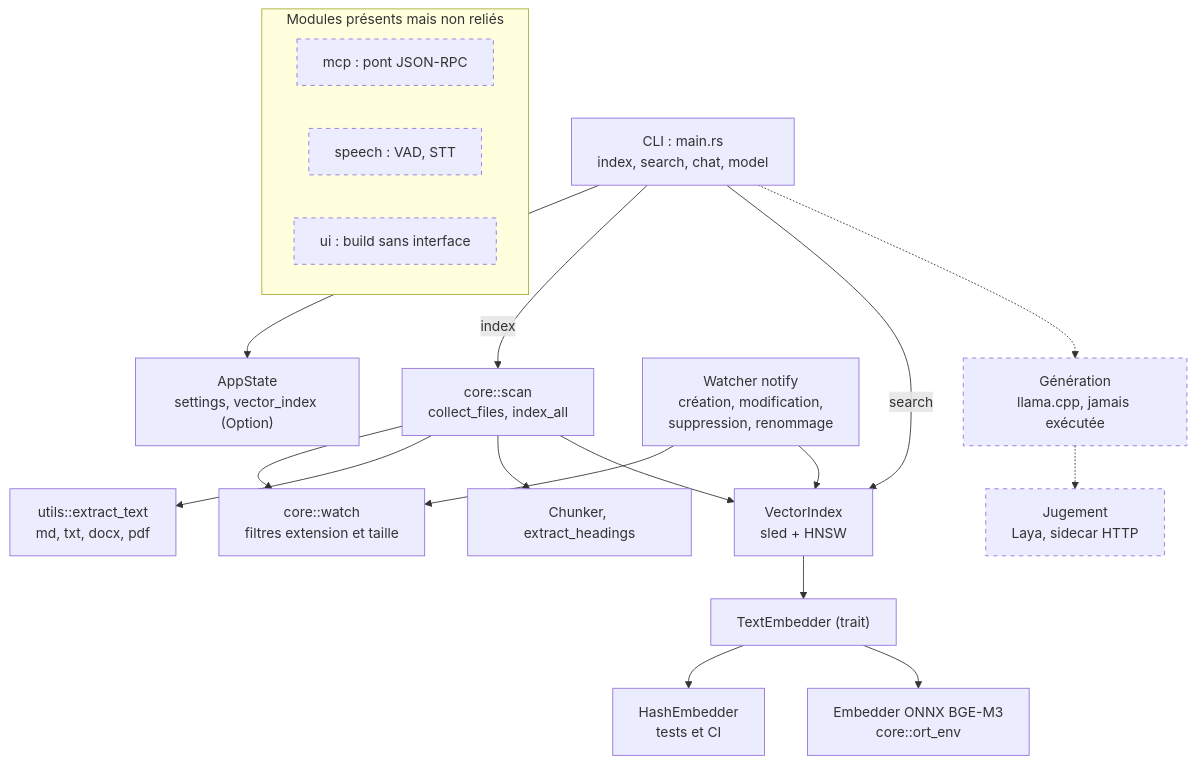
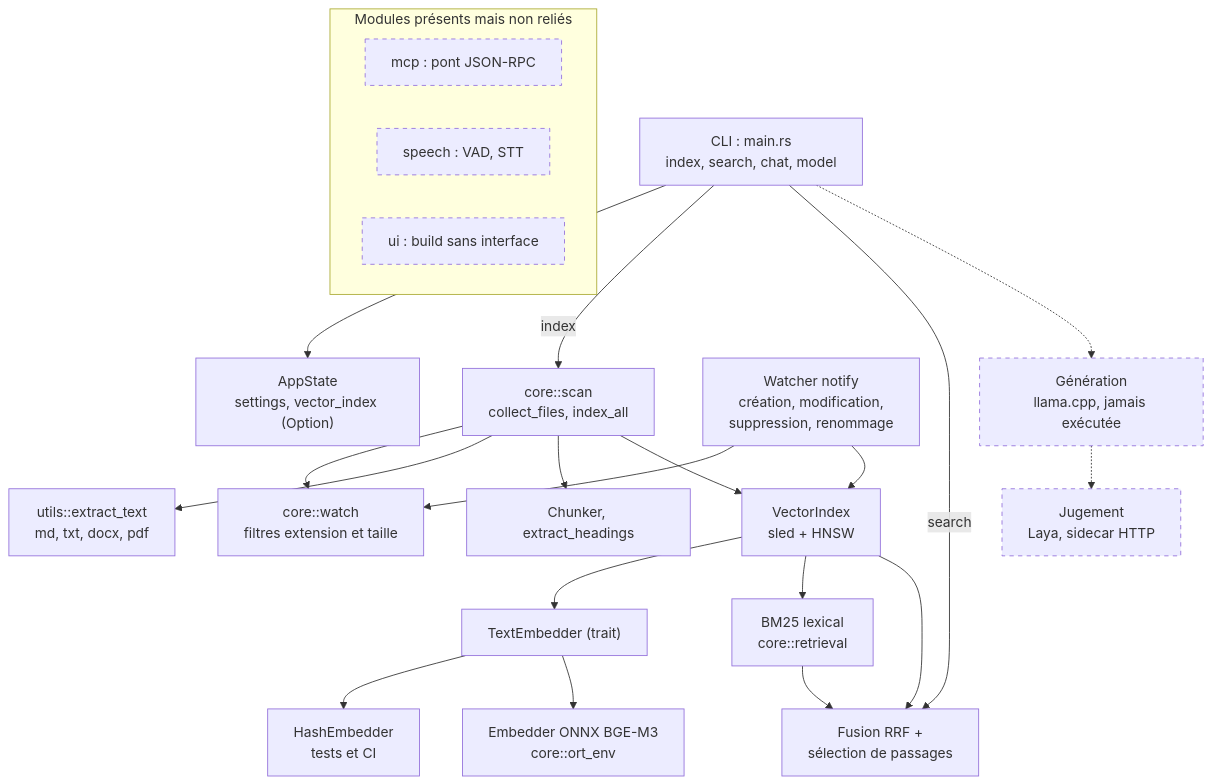
The diagram in README.md (chelmooz/maieutik), drawn with Mermaid before and after one commit. The commit also changed other lines of this file and 14 other files, not shown here.

First line of the commit message:
feat(search): BM25 + RRF hybrid retrieval, routed over the MCP bridge

````diff
--- a/README.md
+++ b/README.md
@@ -30,40 +31,45 @@
 ```mermaid
 flowchart TD
     CLI["CLI : main.rs<br/>index, search, chat, model"]
     STATE["AppState<br/>settings, vector_index (Option)"]
     SCAN["core::scan<br/>collect_files, index_all"]
     FILTER["core::watch<br/>filtres extension et taille"]
     EXTRACT["utils::extract_text<br/>md, txt, docx, pdf"]
     CHUNK["Chunker, extract_headings"]
     IDX["VectorIndex<br/>sled + HNSW"]
+    BM25["BM25 lexical<br/>core::retrieval"]
+    FUSE["Fusion RRF +<br/>sélection de passages"]
     EMB["TextEmbedder (trait)"]
     HASH["HashEmbedder<br/>tests et CI"]
     ONNX["Embedder ONNX BGE-M3<br/>core::ort_env"]
     WATCHER["Watcher notify<br/>création, modification,<br/>suppression, renommage"]
     GEN["Génération<br/>llama.cpp, jamais exécutée"]
     JUDGE["Jugement<br/>Laya, sidecar HTTP"]
 
     subgraph STUBS["Modules présents mais non reliés"]
         MCP["mcp : pont JSON-RPC"]
         SPEECH["speech : VAD, STT"]
         UI["ui : build sans interface"]
     end
 
     CLI --> STATE
     CLI -- index --> SCAN
-    CLI -- search --> IDX
+    CLI -- search --> FUSE
     SCAN --> FILTER
     SCAN --> EXTRACT
     SCAN --> CHUNK
     SCAN --> IDX
     IDX --> EMB
+    IDX --> BM25
+    IDX --> FUSE
+    BM25 --> FUSE
     EMB --> HASH
     EMB --> ONNX
     WATCHER --> FILTER
     WATCHER --> IDX
     CLI -.-> GEN
     GEN -.-> JUDGE
 
     classDef planned stroke-dasharray: 5 5
     class GEN,JUDGE,MCP,SPEECH,UI planned
 ```
````
